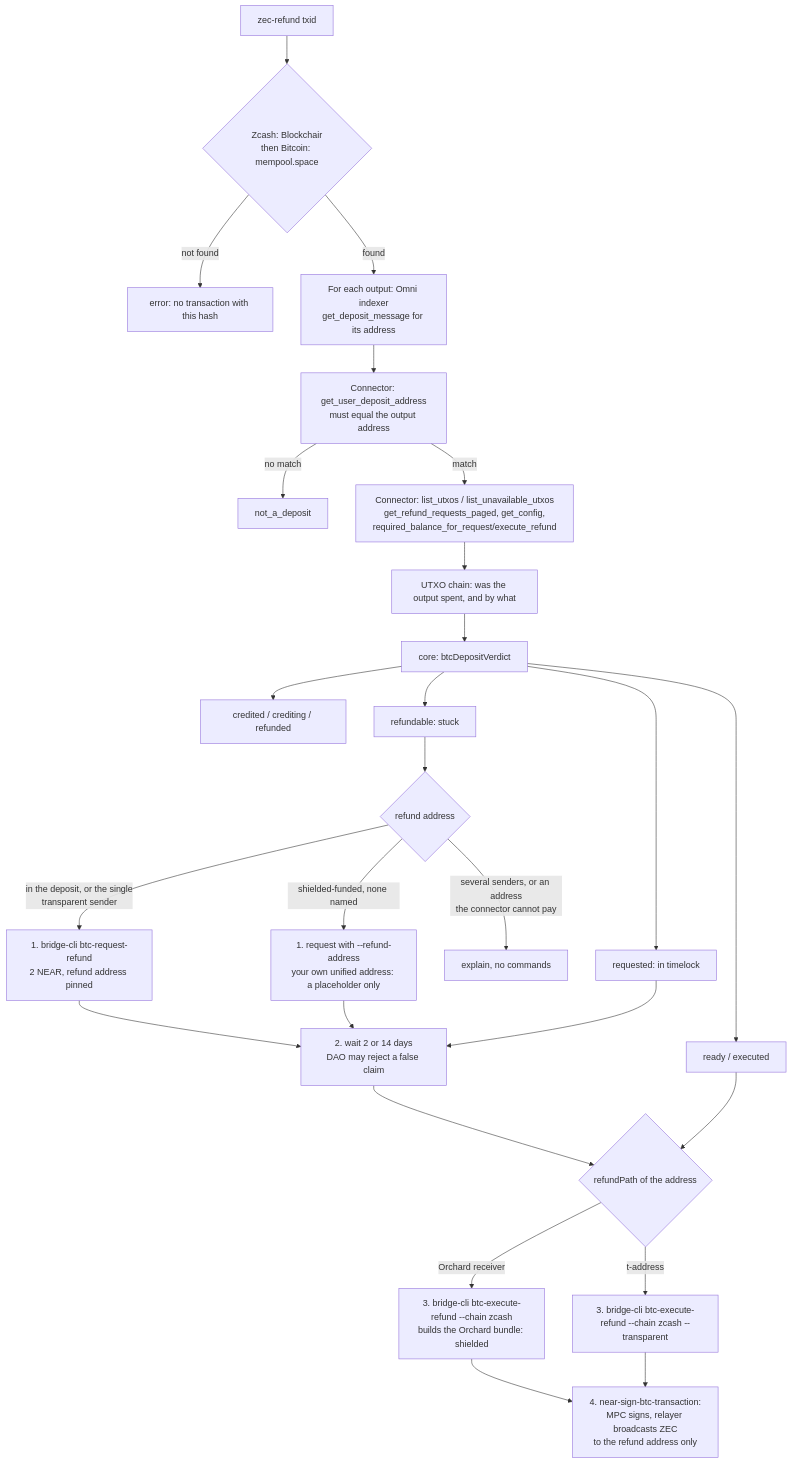
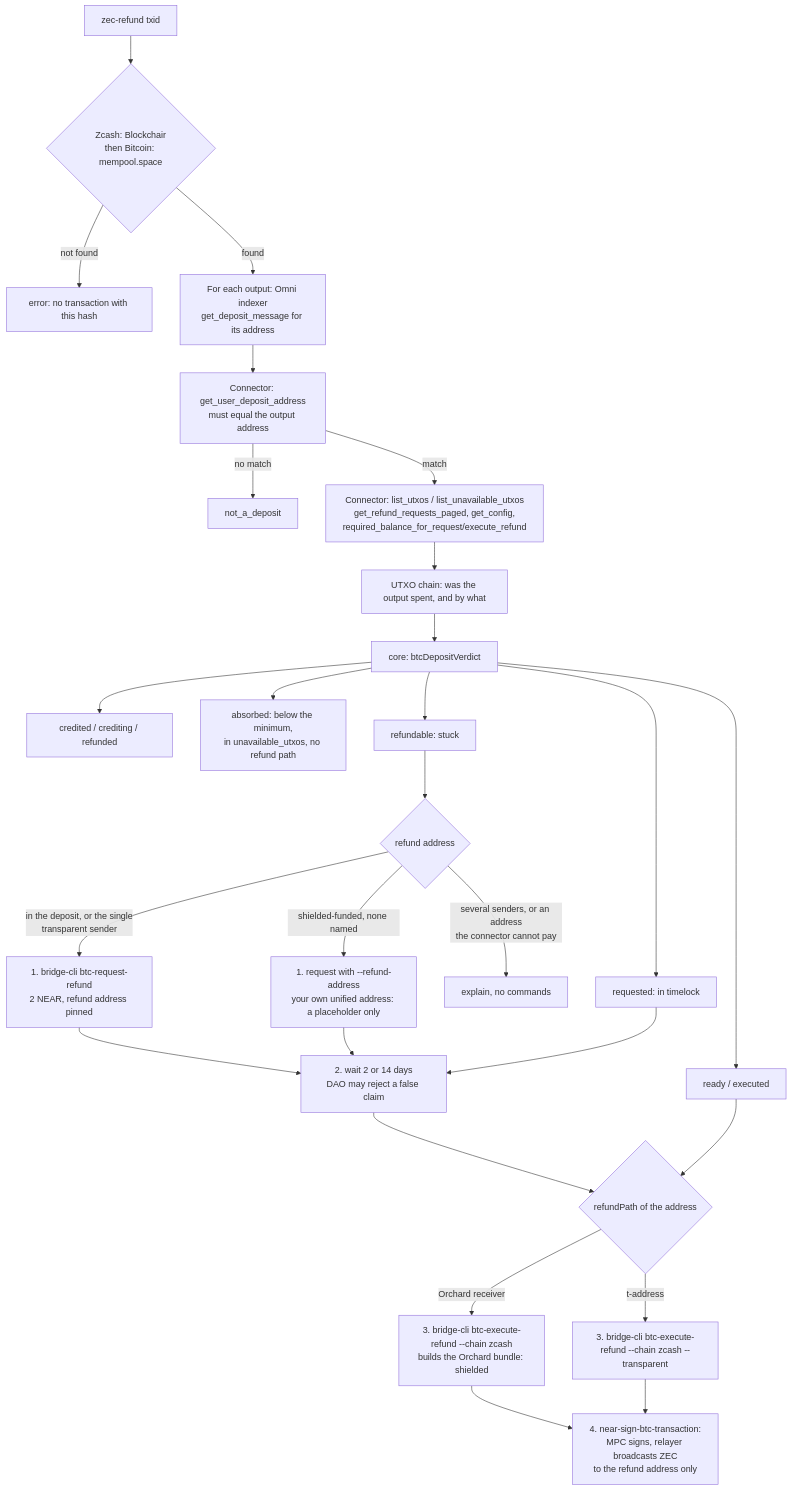
Before and after one commit to cryppit/zec-refund-helper: the diagram in ARCHITECTURE.md, drawn with Mermaid. The commit also changed other lines of this file and 27 other files, not shown here.

First line of the commit message:
feat: --scan measures BTC and ZEC stuck in the Omni bridge; absorbed below-minimum deposits

````diff
--- a/ARCHITECTURE.md
+++ b/ARCHITECTURE.md
@@ -15,28 +18,29 @@
 ```mermaid
 flowchart TD
   A[zec-refund txid] --> B{Zcash: Blockchair<br/>then Bitcoin: mempool.space}
   B -- not found --> E1[error: no transaction with this hash]
   B -- found --> C[For each output: Omni indexer<br/>get_deposit_message for its address]
   C --> D[Connector: get_user_deposit_address<br/>must equal the output address]
   D -- no match --> V0[not_a_deposit]
   D -- match --> F[Connector: list_utxos / list_unavailable_utxos<br/>get_refund_requests_paged, get_config,<br/>required_balance_for_request/execute_refund]
   F --> G[UTXO chain: was the output spent, and by what]
   G --> H[core: btcDepositVerdict]
   H --> V1[credited / crediting / refunded]
+  H --> V5[absorbed: below the minimum,<br/>in unavailable_utxos, no refund path]
   H --> V2[refundable: stuck]
   H --> V3[requested: in timelock]
   H --> V4[ready / executed]
   V2 --> R{refund address}
   R -- in the deposit, or the single<br/>transparent sender --> S1[1. bridge-cli btc-request-refund<br/>2 NEAR, refund address pinned]
   R -- shielded-funded, none named --> S1b[1. request with --refund-address<br/>your own unified address: a placeholder only]
   R -- several senders, or an address<br/>the connector cannot pay --> X[explain, no commands]
   S1 --> S2[2. wait 2 or 14 days<br/>DAO may reject a false claim]
   S1b --> S2
   V3 --> S2
   S2 --> P{refundPath of the address}
   V4 --> P
   P -- Orchard receiver --> S3a[3. bridge-cli btc-execute-refund --chain zcash<br/>builds the Orchard bundle: shielded]
   P -- t-address --> S3b[3. bridge-cli btc-execute-refund --chain zcash --transparent]
   S3a --> S4[4. near-sign-btc-transaction:<br/>MPC signs, relayer broadcasts ZEC<br/>to the refund address only]
   S3b --> S4
 ```
````
